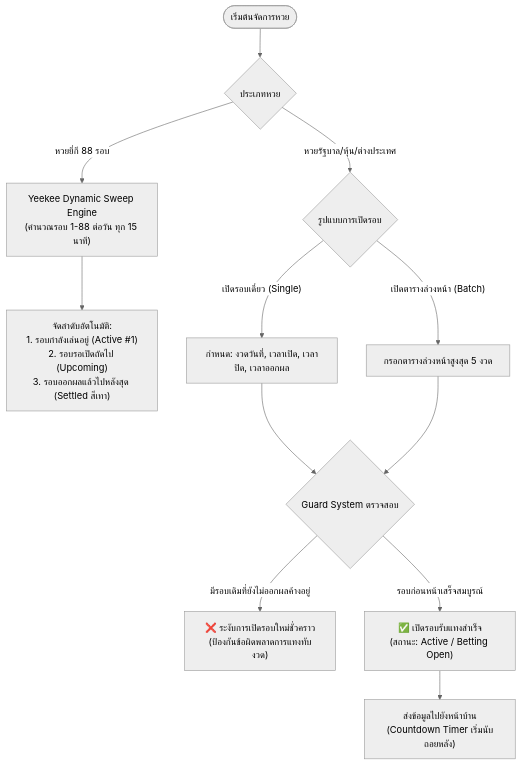
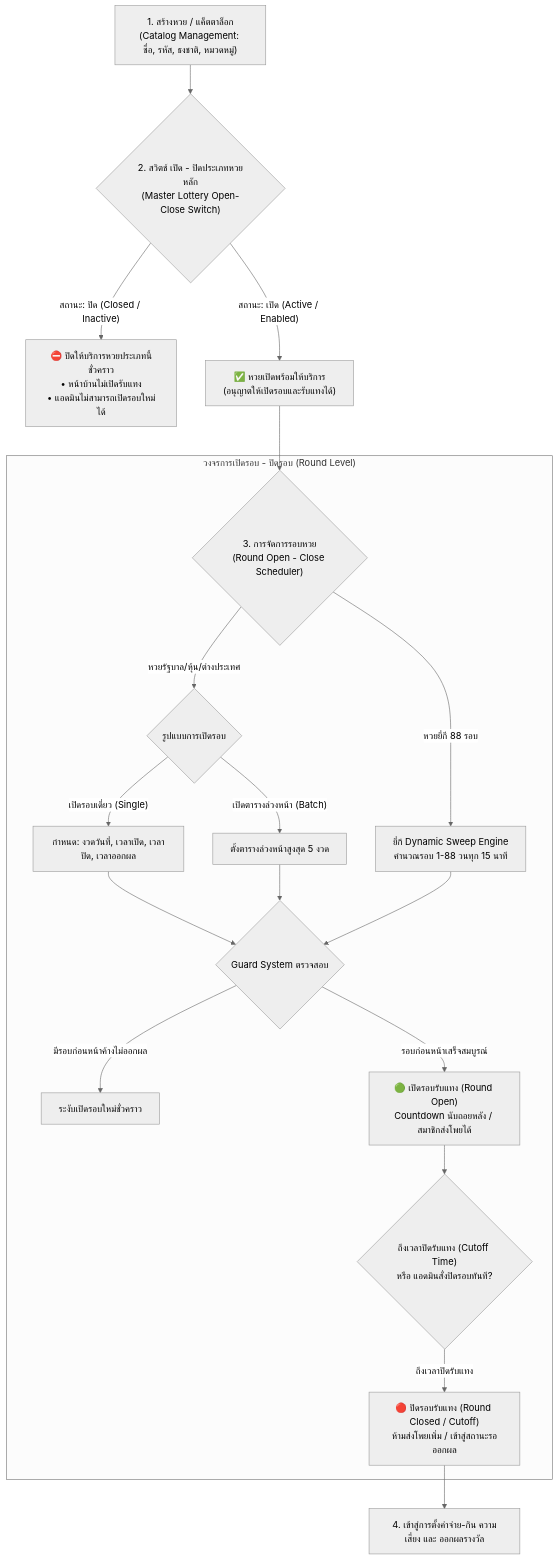
The second of 7 diagrams in LOTTERY_CORE_SYSTEM_ARCHITECTURE_DOC.md (ninekau0907151987/-ak88-lotto), drawn with Mermaid (neutral theme) before and after one commit. The commit also changed other lines of this file, not shown here.

Commit message:
docs: insert master lottery open-close switch before round open-close in architecture

````diff
--- a/LOTTERY_CORE_SYSTEM_ARCHITECTURE_DOC.md
+++ b/LOTTERY_CORE_SYSTEM_ARCHITECTURE_DOC.md
@@ -60,19 +72,26 @@
 ```mermaid
 flowchart TD
-    Start(["เริ่มต้นจัดการหวย"]) --> CheckType{"ประเภทหวย"}
+    Step1["1. สร้างหวย / แค็ตตาล็อก<br/>(Catalog Management: ชื่อ, รหัส, ธงชาติ, หมวดหมู่)"] --> MasterSwitch{"2. สวิตช์ เปิด - ปิดประเภทหวยหลัก<br/>(Master Lottery Open-Close Switch)"}
 
-    CheckType -- "หวยยี่กี 88 รอบ" --> YK_Engine["Yeekee Dynamic Sweep Engine<br/>(คำนวณรอบ 1-88 ต่อวัน ทุก 15 นาที)"]
-    YK_Engine --> YK_Rounds["จัดลำดับอัตโนมัติ:<br/>1. รอบกำลังเล่นอยู่ (Active #1)<br/>2. รอบรอเปิดถัดไป (Upcoming)<br/>3. รอบออกผลแล้วไปหลังสุด (Settled สีเทา)"]
+    MasterSwitch -- "สถานะ: ปิด (Closed / Inactive)" --> MasterClosed["⛔ ปิดให้บริการหวยประเภทนี้ชั่วคราว<br/>• หน้าบ้านไม่เปิดรับแทง<br/>• แอดมินไม่สามารถเปิดรอบใหม่ได้"]
+    MasterSwitch -- "สถานะ: เปิด (Active / Enabled)" --> MasterOpen["✅ หวยเปิดพร้อมให้บริการ<br/>(อนุญาตให้เปิดรอบและรับแทงได้)"]
 
-    CheckType -- "หวยรัฐบาล/หุ้น/ต่างประเทศ" --> AdminAction{"รูปแบบการเปิดรอบ"}
-    
-    AdminAction -- "เปิดรอบเดี่ยว (Single)" --> SetSingle["กำหนด: งวดวันที่, เวลาเปิด, เวลาปิด, เวลาออกผล"]
-    AdminAction -- "เปิดตารางล่วงหน้า (Batch)" --> SetBatch["กรอกตารางล่วงหน้าสูงสุด 5 งวด"]
+    MasterOpen --> RoundScheduler{"3. การจัดการรอบหวย<br/>(Round Open - Close Scheduler)"}
 
-    SetSingle --> GuardCheck{"Guard System ตรวจสอบ"}
-    SetBatch --> GuardCheck
+    subgraph RoundLevel["วงจรการเปิดรอบ - ปิดรอบ (Round Level)"]
+        RoundScheduler -- "หวยยี่กี 88 รอบ" --> YK_Sweep["ยี่กี Dynamic Sweep Engine<br/>คำนวณรอบ 1-88 วนทุก 15 นาที"]
+        RoundScheduler -- "หวยรัฐบาล/หุ้น/ต่างประเทศ" --> SetRoundType{"รูปแบบการเปิดรอบ"}
+        
+        SetRoundType -- "เปิดรอบเดี่ยว (Single)" --> SetSingle["กำหนด: งวดวันที่, เวลาเปิด, เวลาปิด, เวลาออกผล"]
+        SetRoundType -- "เปิดตารางล่วงหน้า (Batch)" --> SetBatch["ตั้งตารางล่วงหน้าสูงสุด 5 งวด"]
 
-    GuardCheck -- "มีรอบเดิมที่ยังไม่ออกผลค้างอยู่" --> BlockOpen["❌ ระงับการเปิดรอบใหม่ชั่วคราว<br/>(ป้องกันข้อผิดพลาดการแทงทับงวด)"]
-    GuardCheck -- "รอบก่อนหน้าเสร็จสมบูรณ์" --> OpenSuccess["✅ เปิดรอบรับแทงสำเร็จ<br/>(สถานะ: Active / Betting Open)"]
-    OpenSuccess --> SyncFrontend["ส่งข้อมูลไปยังหน้าบ้าน<br/>(Countdown Timer เริ่มนับถอยหลัง)"]
+        SetSingle & SetBatch & YK_Sweep --> RoundGuard{"Guard System ตรวจสอบ"}
+        RoundGuard -- "มีรอบก่อนหน้าค้างไม่ออกผล" --> BlockRound["ระงับเปิดรอบใหม่ชั่วคราว"]
+        RoundGuard -- "รอบก่อนหน้าเสร็จสมบูรณ์" --> OpenRound["🟢 เปิดรอบรับแทง (Round Open)<br/>Countdown นับถอยหลัง / สมาชิกส่งโพยได้"]
+
+        OpenRound --> CheckCutoff{"ถึงเวลาปิดรับแทง (Cutoff Time)<br/>หรือ แอดมินสั่งปิดรอบทันที?"}
+        CheckCutoff -- "ถึงเวลาปิดรับแทง" --> CloseRound["🔴 ปิดรอบรับแทง (Round Closed / Cutoff)<br/>ห้ามส่งโพยเพิ่ม / เข้าสู่สถานะรอออกผล"]
+    end
+
+    CloseRound --> Step4["4. เข้าสู่การตั้งค่าจ่าย-กิน ความเสี่ยง และ ออกผลรางวัล"]
 ```
````
